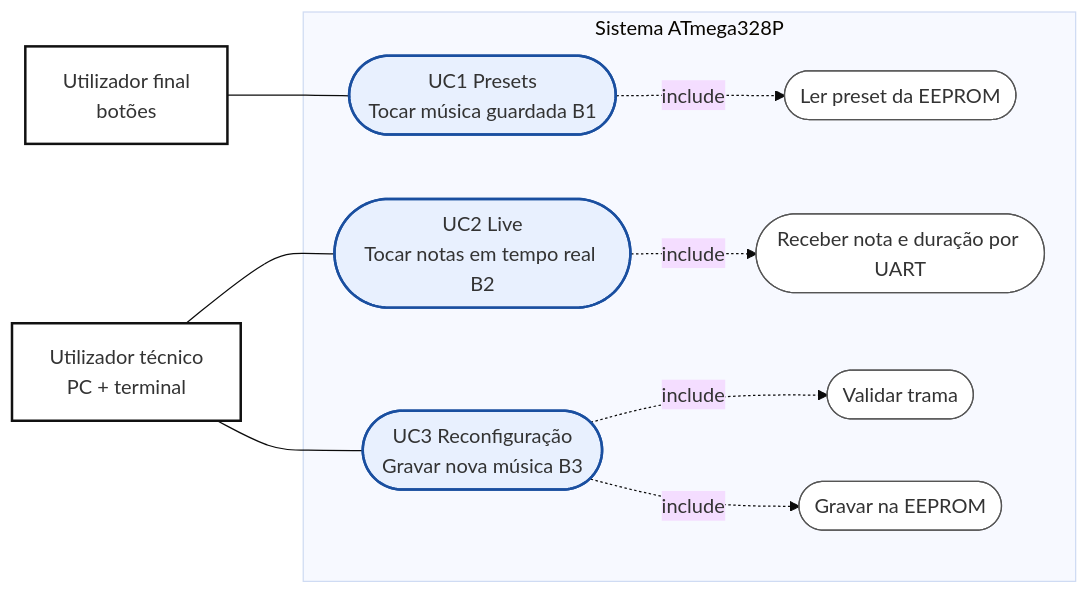
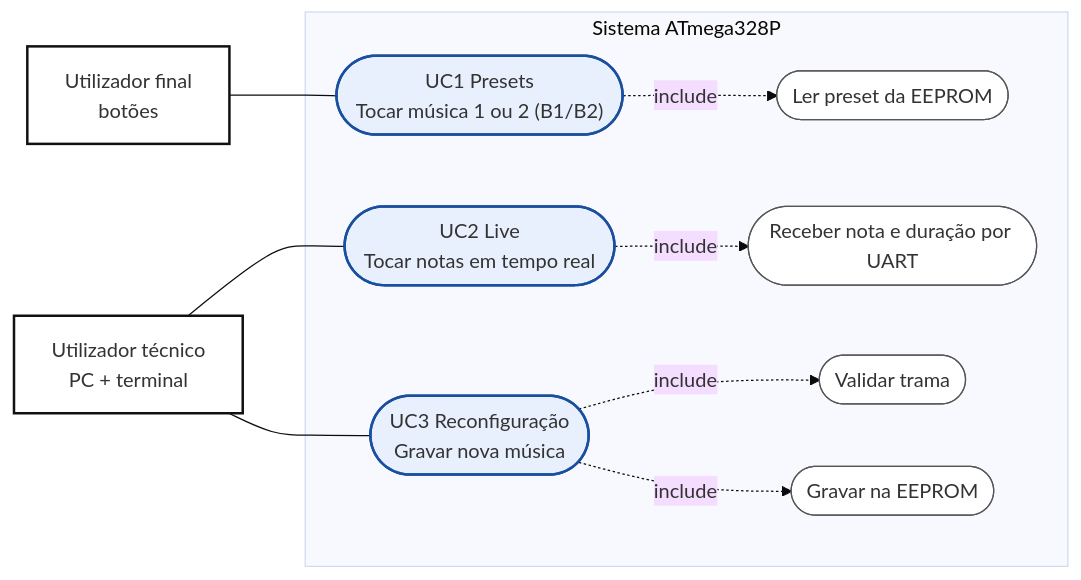
Before and after one commit to Suares0101/ldh-2026-g08: the first of 2 diagrams in docs/casos-de-uso-e-blocos.md, drawn with Mermaid (base theme). The commit also changed other lines of this file and 8 other files, not shown here.

````diff
--- a/docs/casos-de-uso-e-blocos.md
+++ b/docs/casos-de-uso-e-blocos.md
@@ -12,32 +12,32 @@
 ```mermaid
 flowchart LR
   FINAL["Utilizador final<br/>botões"]
   TEC["Utilizador técnico<br/>PC + terminal"]
 
   subgraph SISTEMA["Sistema ATmega328P"]
-    UC1(["UC1 Presets<br/>Tocar música guardada B1"])
-    UC2(["UC2 Live<br/>Tocar notas em tempo real B2"])
-    UC3(["UC3 Reconfiguração<br/>Gravar nova música B3"])
+    UC1(["UC1 Presets<br/>Tocar música 1 ou 2 (B1/B2)"])
+    UC2(["UC2 Live<br/>Tocar notas em tempo real"])
+    UC3(["UC3 Reconfiguração<br/>Gravar nova música"])
 
     LER(["Ler preset da EEPROM"])
     RECEBER(["Receber nota e duração por UART"])
     VALIDAR(["Validar trama"])
     GRAVAR(["Gravar na EEPROM"])
   end
 
   FINAL --- UC1
   TEC --- UC2
   TEC --- UC3
 
   UC1 -.->|include| LER
   UC2 -.->|include| RECEBER
   UC3 -.->|include| VALIDAR
   UC3 -.->|include| GRAVAR
 
   classDef ator fill:#ffffff,stroke:#111,stroke-width:2px
   classDef uc fill:#E8F0FE,stroke:#1A4FA0,stroke-width:2px
   classDef inc fill:#ffffff,stroke:#555
   class FINAL,TEC ator
   class UC1,UC2,UC3 uc
   class LER,RECEBER,VALIDAR,GRAVAR inc
 ```
````
